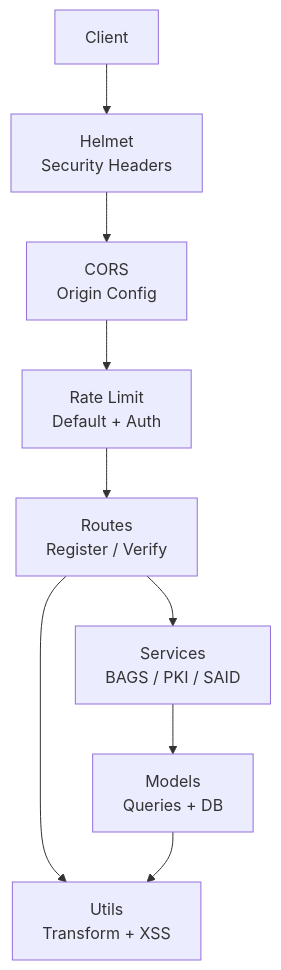
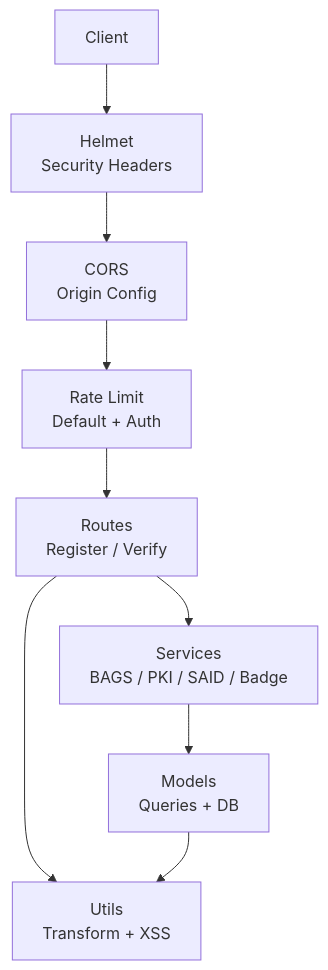
One commit to RunTimeAdmin/AgentID changed the second of 7 diagrams in .qoder/repowiki/en/content/Architecture Overview/Security Architecture.md. Above: the diagram before and after it, drawn with Mermaid. The commit also changed other lines of this file and 4 other files, not shown here.

````diff
--- a/.qoder/repowiki/en/content/Architecture Overview/Security Architecture.md
+++ b/.qoder/repowiki/en/content/Architecture Overview/Security Architecture.md
@@ -143,14 +155,14 @@
 ```mermaid
 graph TB
 Client["Client"]
 Helmet["Helmet<br/>Security Headers"]
 CORS["CORS<br/>Origin Config"]
 Limiter["Rate Limit<br/>Default + Auth"]
 Routes["Routes<br/>Register / Verify"]
-Services["Services<br/>BAGS / PKI / SAID"]
+Services["Services<br/>BAGS / PKI / SAID / Badge"]
 Models["Models<br/>Queries + DB"]
 Utils["Utils<br/>Transform + XSS"]
 Client --> Helmet --> CORS --> Limiter --> Routes --> Services --> Models
 Routes --> Utils
 Models --> Utils
 ```
````
